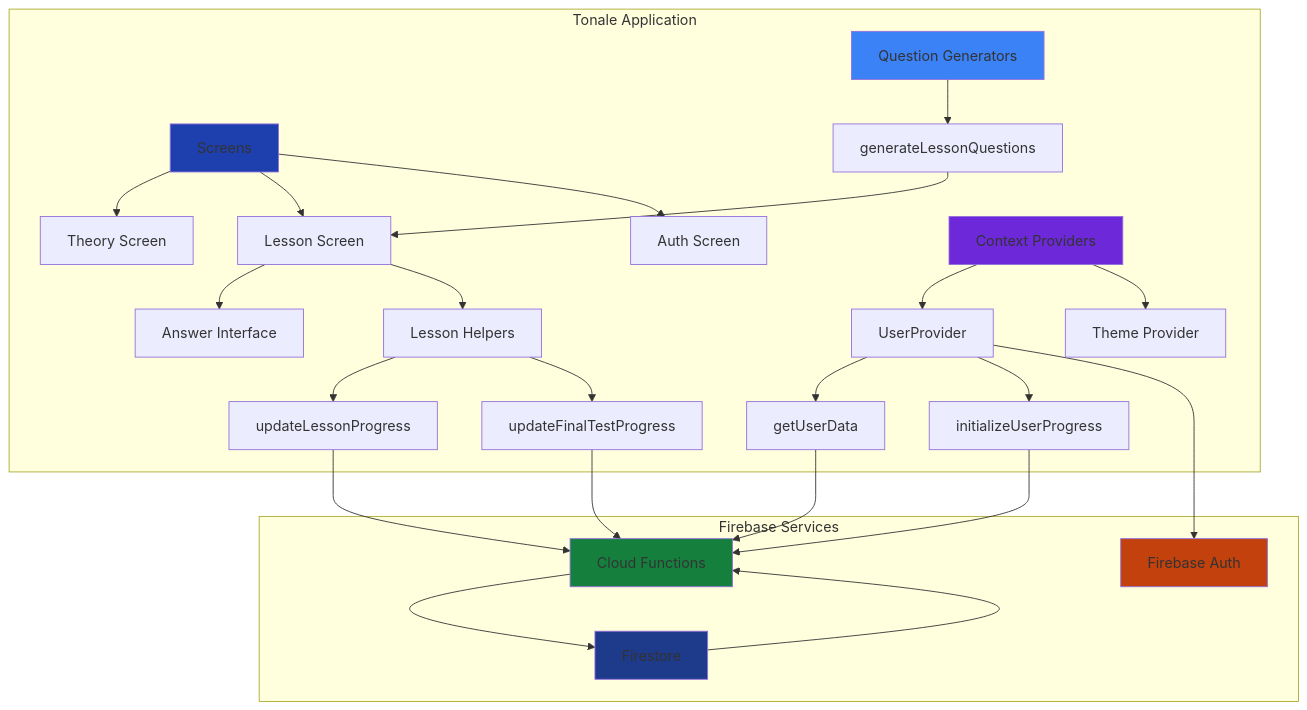
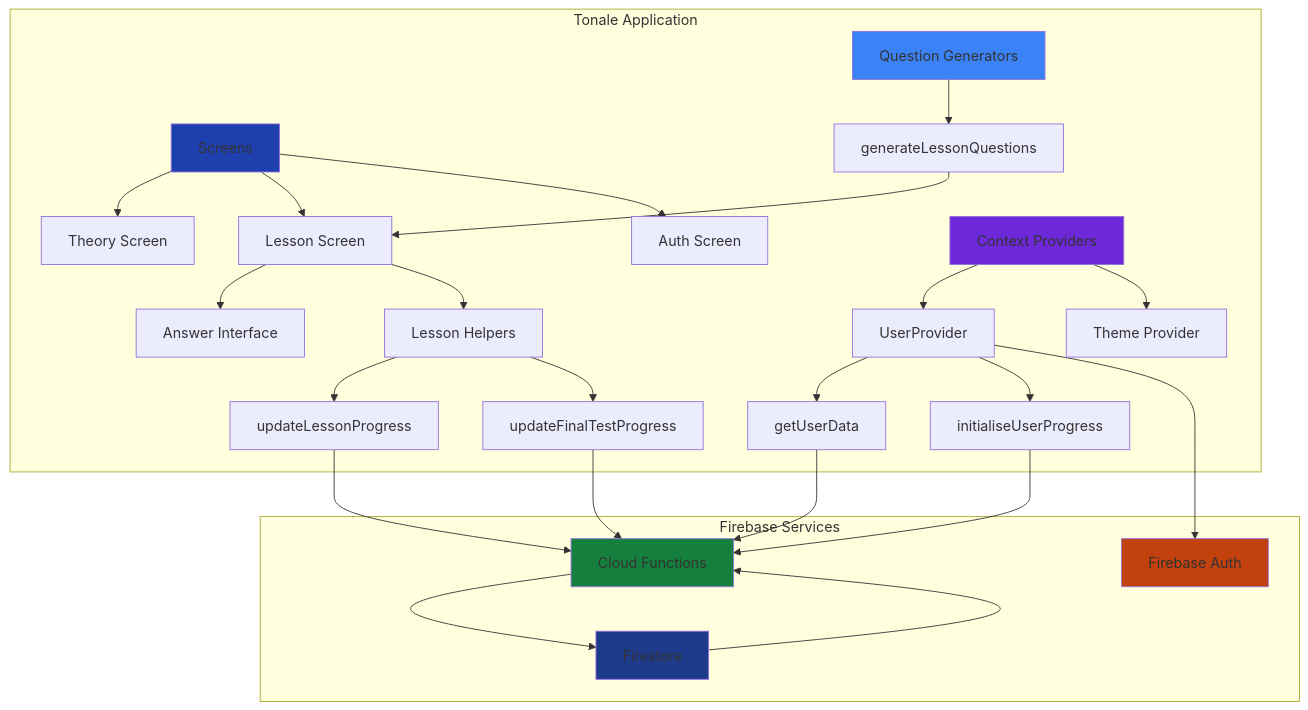
Before and after one commit to leonkwan46/tonale: the first of 2 diagrams in README.md, drawn with Mermaid. The commit also changed other lines of this file, not shown here.

````diff
--- a/README.md
+++ b/README.md
@@ -34,44 +34,44 @@
 ```mermaid
 graph TB
     subgraph "Tonale Application"
         A[Screens] --> B[Theory Screen]
         A --> C[Lesson Screen]
         A --> D[Auth Screen]
         
         E[Question Generators] --> F[generateLessonQuestions]
         F --> C
         
         C --> G[Answer Interface]
         C --> H[Lesson Helpers]
         H --> I[updateLessonProgress]
         H --> J[updateFinalTestProgress]
         
         K[Context Providers] --> L[UserProvider]
         K --> M[Theme Provider]
         
         L --> N[getUserData]
-        L --> O[initializeUserProgress]
+        L --> O[initialiseUserProgress]
     end
     
     subgraph "Firebase Services"
         P[Firebase Auth]
         Q[Cloud Functions]
         R[Firestore]
     end
     
     I --> Q
     J --> Q
     N --> Q
     O --> Q
     L --> P
     
     Q --> R
     R --> Q
     
     style A fill:#1E40AF
     style E fill:#3B82F6
     style K fill:#6D28D9
     style P fill:#C2410C
     style Q fill:#15803D
     style R fill:#1E3A8A
 ```
````
